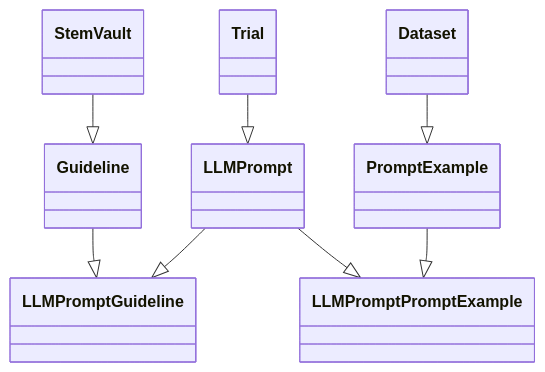
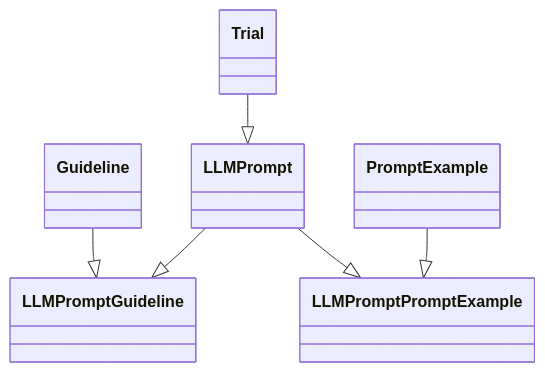
One commit to empirical-org/Empirical-Core changed the third of 5 diagrams in services/QuillLMS/engines/evidence/app/models/evidence/research/readme.md. Above: the diagram before and after it, drawn with Mermaid. The commit also changed other lines of this file and 19 other files, not shown here.

Commit message:
Change StemVaultId to DatasetId in Guideline model

````diff
--- a/services/QuillLMS/engines/evidence/app/models/evidence/research/readme.md
+++ b/services/QuillLMS/engines/evidence/app/models/evidence/research/readme.md
@@ -79,10 +79,9 @@
 ```mermaid
 classDiagram
-    StemVault --|> Guideline
     Guideline --|> LLMPromptGuideline
     LLMPrompt --|> LLMPromptGuideline
     LLMPrompt --|> LLMPromptPromptExample
-    Dataset --|> PromptExample
     PromptExample --|> LLMPromptPromptExample
     Trial --|> LLMPrompt
+
 ```
````
